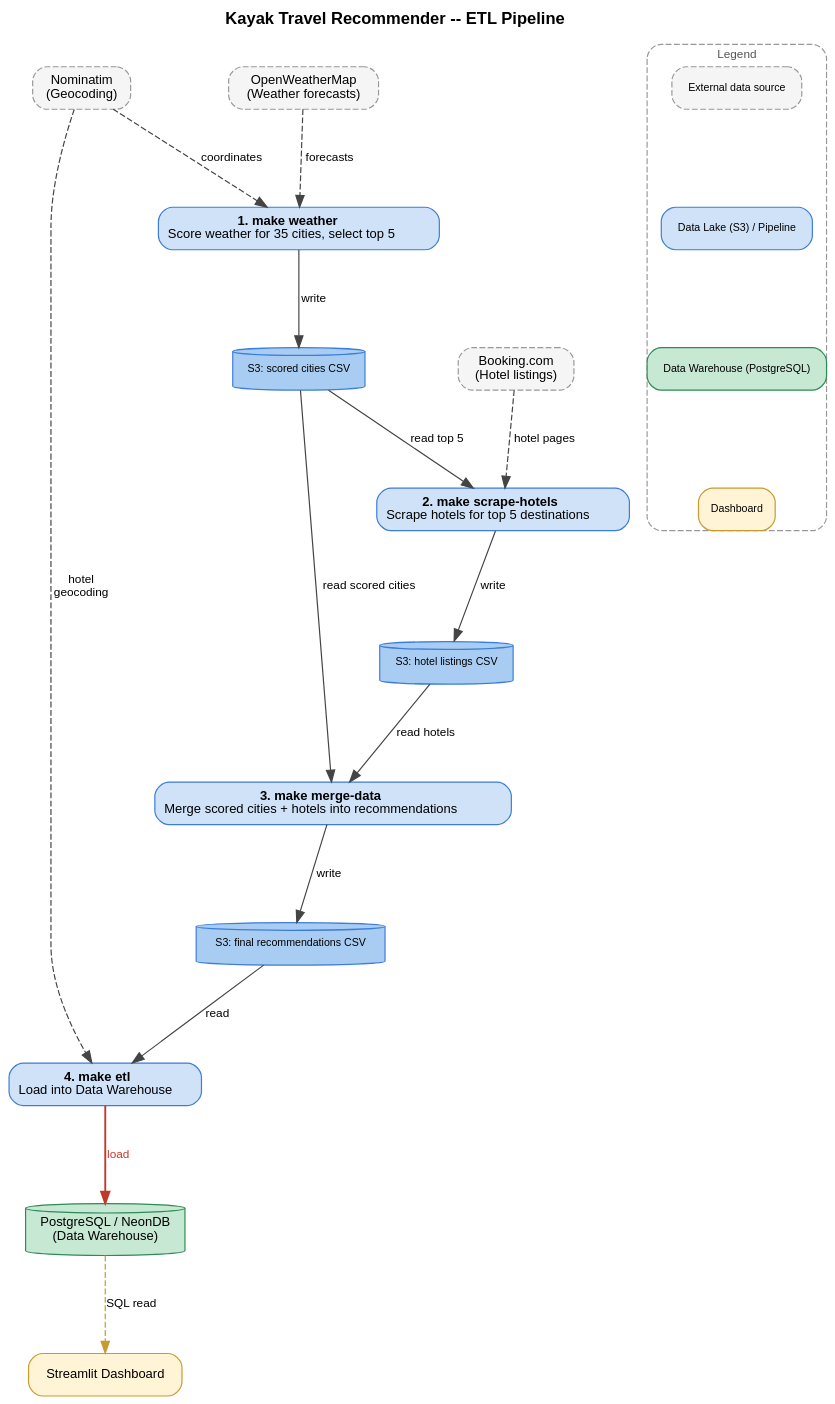
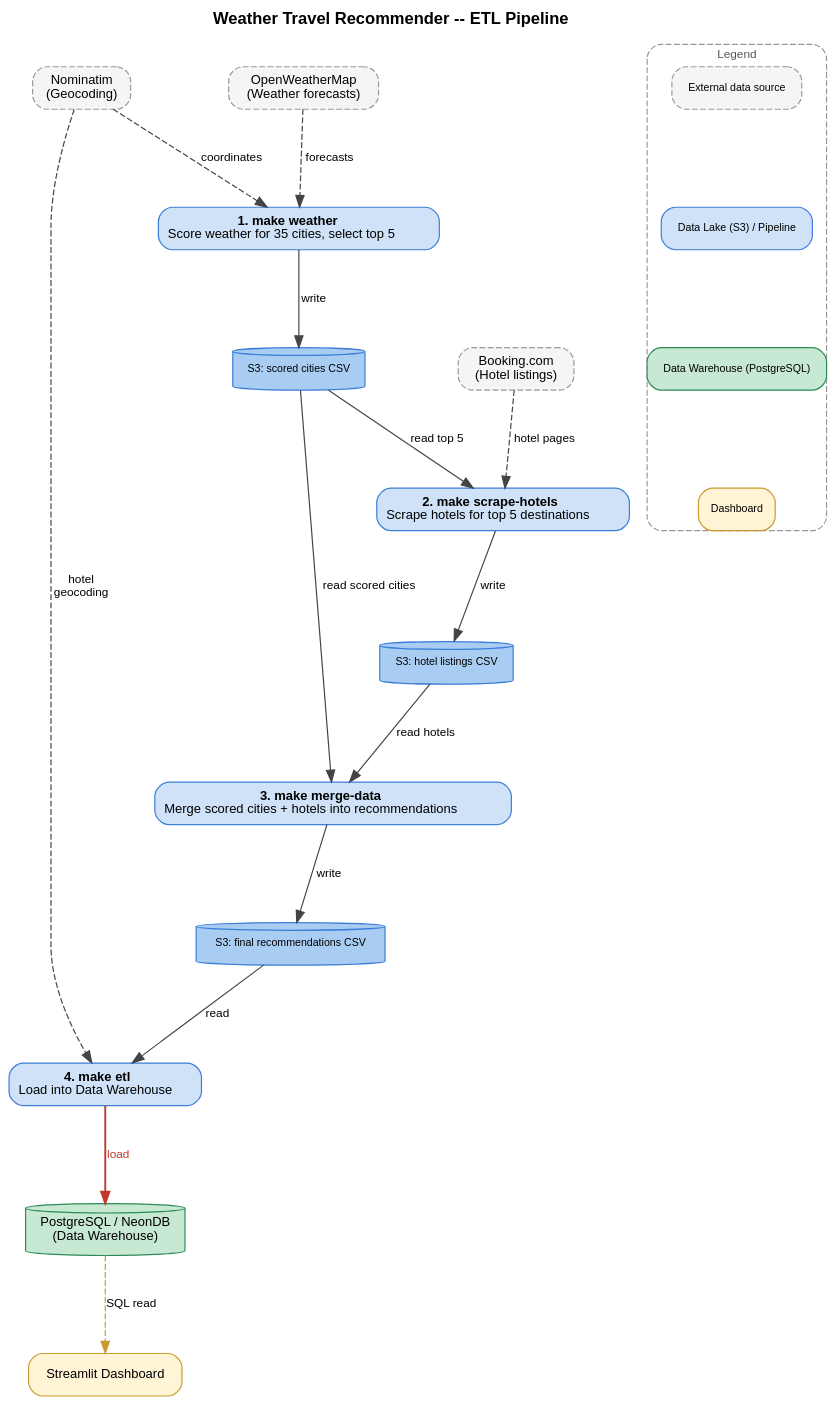
Before and after one commit to tryph0n/edu-kayak: the diagram in src/assets/diagrams/etl_flow.dot, drawn with Graphviz. The commit also changed 6 other files, not shown here.

First line of the commit message:
docs: use the new project name in footers, docstrings and diagrams

```diff
--- a/src/assets/diagrams/etl_flow.dot
+++ b/src/assets/diagrams/etl_flow.dot
@@ -1,122 +1,122 @@
 digraph KayakEtlFlow {
     rankdir=TB;
     bgcolor=transparent;
     fontname="Helvetica";
     fontsize=14;
     labelloc="t";
-    label=<<B>Kayak Travel Recommender -- ETL Pipeline</B>>;
+    label=<<B>Weather Travel Recommender -- ETL Pipeline</B>>;
     nodesep=0.8;
     ranksep=1.0;
     margin="0.5";
 
     node [shape=box, style="rounded,filled", fontname="Helvetica", fontsize=11];
     edge [fontname="Helvetica", fontsize=10, color="#444444"];
 
     nominatim [
         label="Nominatim\n(Geocoding)",
         shape=box, style="rounded,filled,dashed",
         fillcolor="#F5F5F5", color="#999999"
     ];
     openweather [
         label="OpenWeatherMap\n(Weather forecasts)",
         shape=box, style="rounded,filled,dashed",
         fillcolor="#F5F5F5", color="#999999"
     ];
 
     step1 [
         label=<<B>1. make weather</B><BR/>Score weather for 35 cities, select top 5>,
         fillcolor="#CFE2F8", color="#3B7DD8"
     ];
 
     s3_scored [
         label="S3: scored cities CSV",
         shape=cylinder, fillcolor="#A9CDF2", color="#3B7DD8",
         fontsize=9, height=0.5
     ];
 
     booking [
         label="Booking.com\n(Hotel listings)",
         shape=box, style="rounded,filled,dashed",
         fillcolor="#F5F5F5", color="#999999"
     ];
 
     step2 [
         label=<<B>2. make scrape-hotels</B><BR/>Scrape hotels for top 5 destinations>,
         fillcolor="#CFE2F8", color="#3B7DD8"
     ];
 
     s3_hotels [
         label="S3: hotel listings CSV",
         shape=cylinder, fillcolor="#A9CDF2", color="#3B7DD8",
         fontsize=9, height=0.5
     ];
 
     step3 [
         label=<<B>3. make merge-data</B><BR/>Merge scored cities + hotels into recommendations>,
         fillcolor="#CFE2F8", color="#3B7DD8"
     ];
 
     s3_final [
         label="S3: final recommendations CSV",
         shape=cylinder, fillcolor="#A9CDF2", color="#3B7DD8",
         fontsize=9, height=0.5
     ];
 
     step4 [
         label=<<B>4. make etl</B><BR/>Load into Data Warehouse>,
         fillcolor="#CFE2F8", color="#3B7DD8"
     ];
 
     postgres [
         label="PostgreSQL / NeonDB\n(Data Warehouse)",
         shape=cylinder, fillcolor="#C7E8D2", color="#2E8B57"
     ];
 
     dashboard [
         label="Streamlit Dashboard",
         fillcolor="#FFF4D6", color="#C99A2E"
     ];
 
     { rank=same; nominatim; openweather; }
 
     nominatim -> step1 [label="coordinates", style=dashed];
     openweather -> step1 [label="forecasts", style=dashed];
 
     step1 -> s3_scored [label="write"];
 
     s3_scored -> step2 [label="read top 5"];
     booking -> step2 [label="hotel pages", style=dashed];
 
     step2 -> s3_hotels [label="write"];
 
     s3_scored -> step3 [label="read scored cities"];
     s3_hotels -> step3 [label="read hotels"];
 
     step3 -> s3_final [label="write"];
 
     s3_final -> step4 [label="read"];
 
     nominatim -> step4 [label="hotel\ngeocoding", style=dashed];
 
     step4 -> postgres [label="load", color="#C0392B", fontcolor="#C0392B", penwidth=1.6];
 
     postgres -> dashboard [label="SQL read", style=dashed, color="#C99A2E"];
 
     subgraph cluster_legend {
         label="Legend";
         style="rounded,dashed";
         color="#999999";
         fontcolor="#555555";
         fontname="Helvetica";
         fontsize=10;
 
         legend_ext [label="External data source", shape=box, style="rounded,filled,dashed", fillcolor="#F5F5F5", color="#999999", fontsize=9];
         legend_dl [label="Data Lake (S3) / Pipeline", fillcolor="#CFE2F8", color="#3B7DD8", fontsize=9];
         legend_dw [label="Data Warehouse (PostgreSQL)", fillcolor="#C7E8D2", color="#2E8B57", fontsize=9];
         legend_dash [label="Dashboard", fillcolor="#FFF4D6", color="#C99A2E", fontsize=9];
 
         legend_ext -> legend_dl [style=invis];
         legend_dl -> legend_dw [style=invis];
         legend_dw -> legend_dash [style=invis];
     }
 }
```
